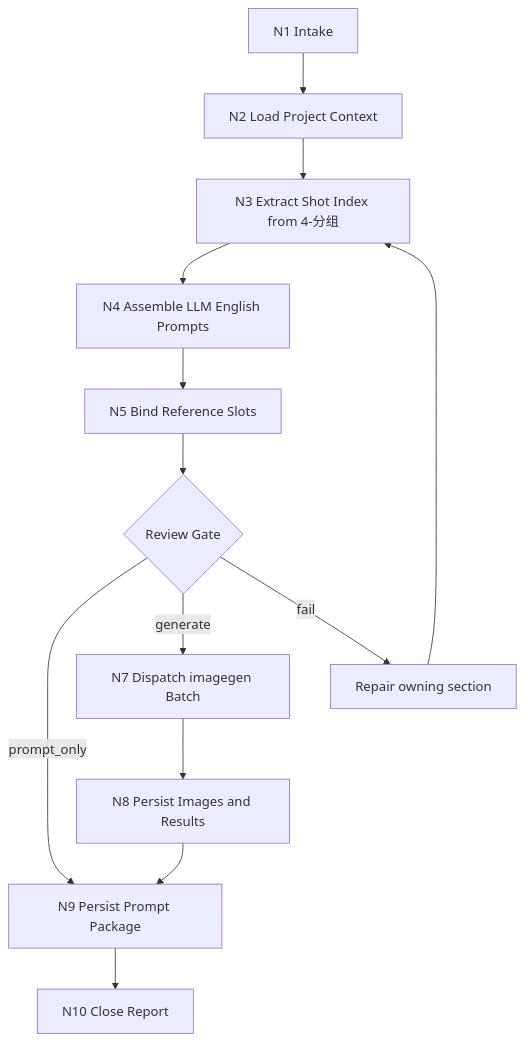
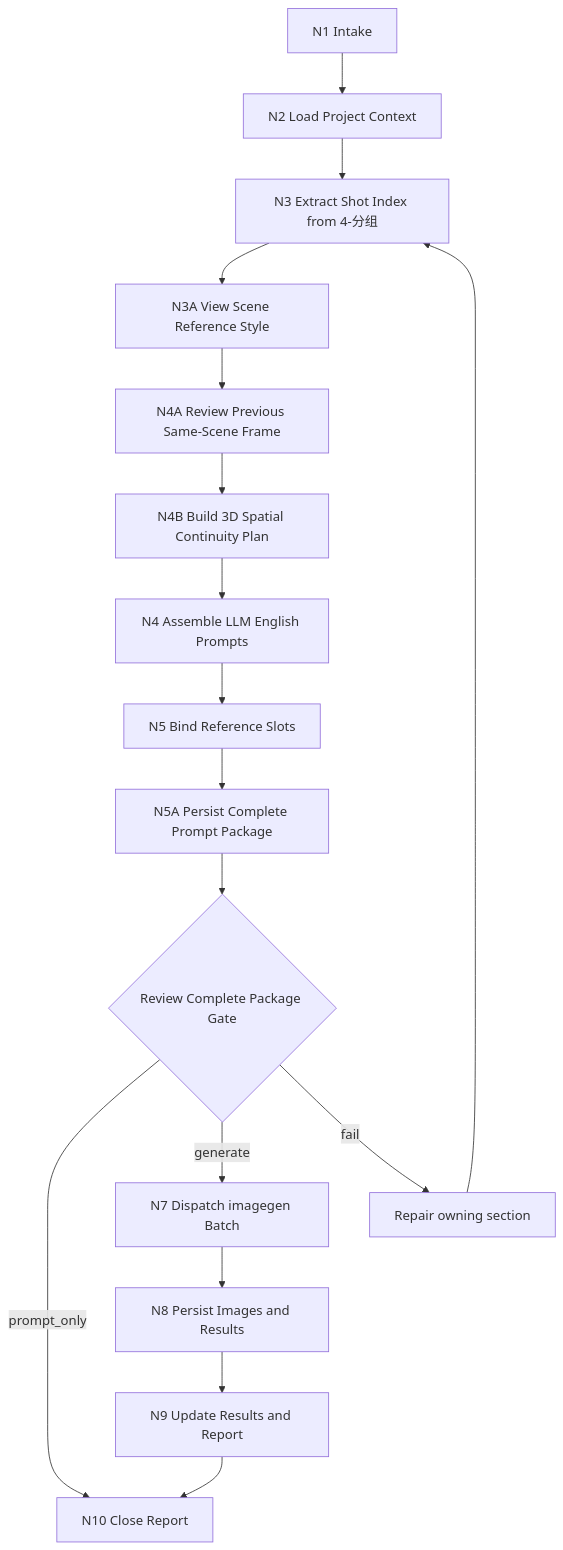
The diagram in .agents/skills/aigc/6-图像/A-分镜画面/steps/frame-image-workflow.md (ZEN-VOID/AI-CUT), drawn with Mermaid before and after one commit. The commit also changed other lines of this file and 122 other files, not shown here.

````diff
--- a/.agents/skills/aigc/6-图像/A-分镜画面/steps/frame-image-workflow.md
+++ b/.agents/skills/aigc/6-图像/A-分镜画面/steps/frame-image-workflow.md
@@ -7,15 +7,19 @@
 ```mermaid
 flowchart TD
     N1["N1 Intake"] --> N2["N2 Load Project Context"]
     N2 --> N3["N3 Extract Shot Index from 4-分组"]
-    N3 --> N4["N4 Assemble LLM English Prompts"]
+    N3 --> N3A["N3A View Scene Reference Style"]
+    N3A --> N4A["N4A Review Previous Same-Scene Frame"]
+    N4A --> N4B["N4B Build 3D Spatial Continuity Plan"]
+    N4B --> N4["N4 Assemble LLM English Prompts"]
     N4 --> N5["N5 Bind Reference Slots"]
-    N5 --> N6{"Review Gate"}
-    N6 -->|"prompt_only"| N9["N9 Persist Prompt Package"]
+    N5 --> N5A["N5A Persist Complete Prompt Package"]
+    N5A --> N6{"Review Complete Package Gate"}
+    N6 -->|"prompt_only"| N10["N10 Close Report"]
     N6 -->|"generate"| N7["N7 Dispatch imagegen Batch"]
     N7 --> N8["N8 Persist Images and Results"]
-    N8 --> N9
+    N8 --> N9["N9 Update Results and Report"]
     N6 -->|"fail"| R["Repair owning section"]
     R --> N3
     N9 --> N10["N10 Close Report"]
 ```
````
